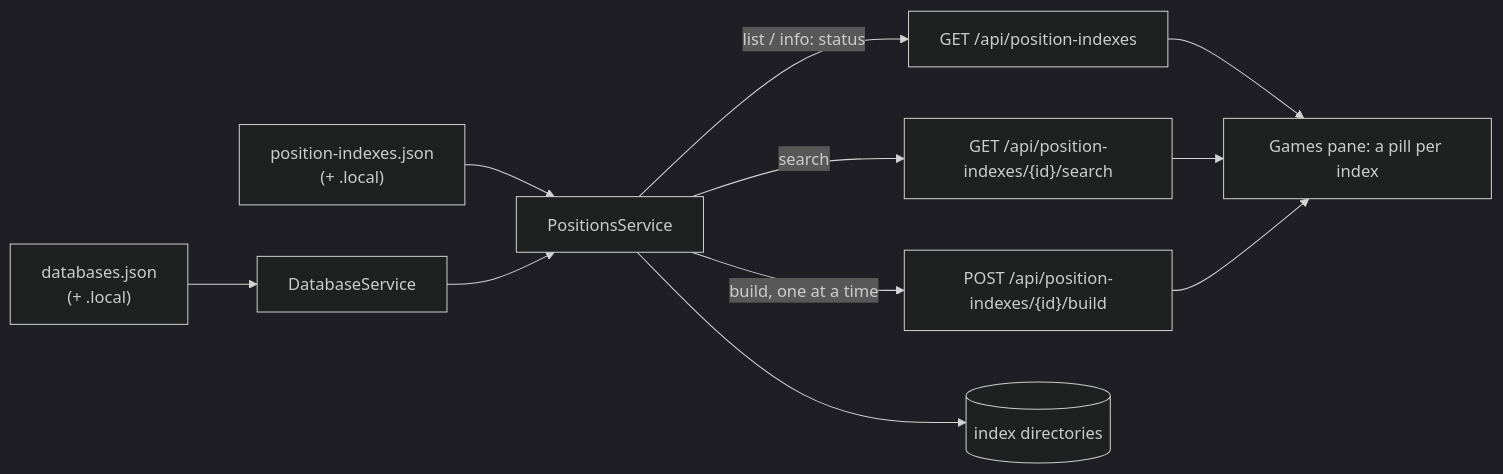
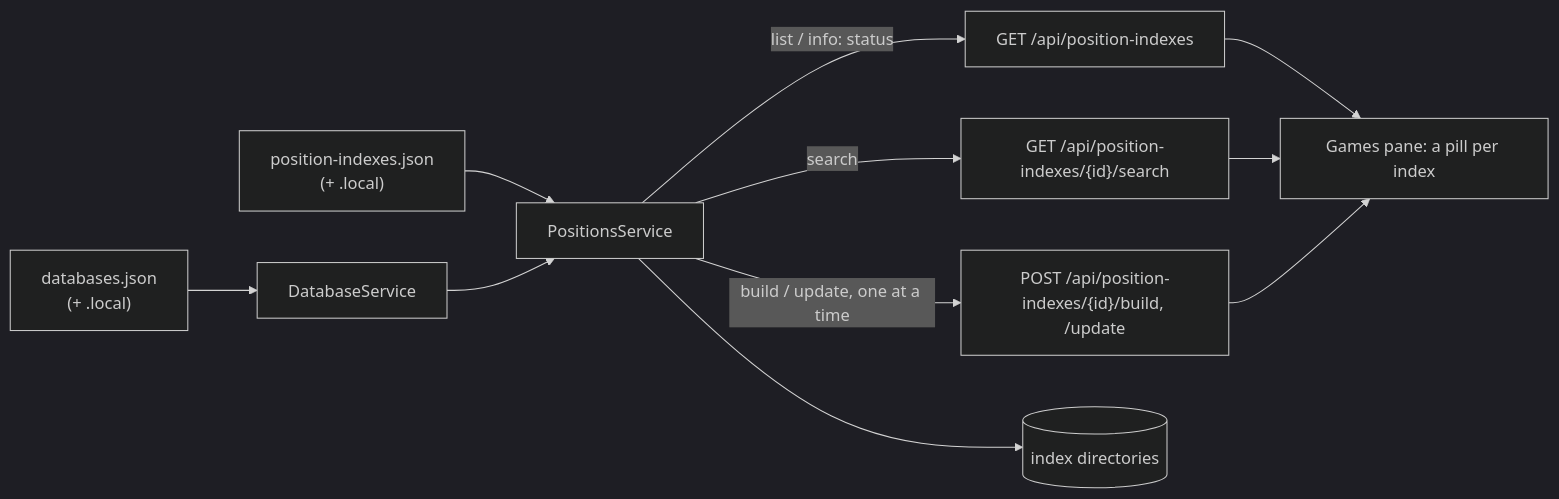
The fourth of 5 diagrams in morphy-positions/docs/POSITION-INDEX.md (Yarin78/morphy), drawn with Mermaid (dark theme) before and after one commit. The commit also changed other lines of this file and 29 other files, not shown here.

````diff
--- a/morphy-positions/docs/POSITION-INDEX.md
+++ b/morphy-positions/docs/POSITION-INDEX.md
@@ -210,11 +240,11 @@
 ```mermaid
 flowchart LR
   dbjson["databases.json<br/>(+ .local)"] --> DS[DatabaseService]
   pijson["position-indexes.json<br/>(+ .local)"] --> PS[PositionsService]
   DS --> PS
   PS -- "list / info: status" --> API1["GET /api/position-indexes"]
   PS -- "search" --> API2["GET /api/position-indexes/{id}/search"]
-  PS -- "build, one at a time" --> API3["POST /api/position-indexes/{id}/build"]
+  PS -- "build / update, one at a time" --> API3["POST /api/position-indexes/{id}/build, /update"]
   PS --> idx[("index directories")]
   API1 & API2 & API3 --> pane["Games pane: a pill per index"]
 ```
````
